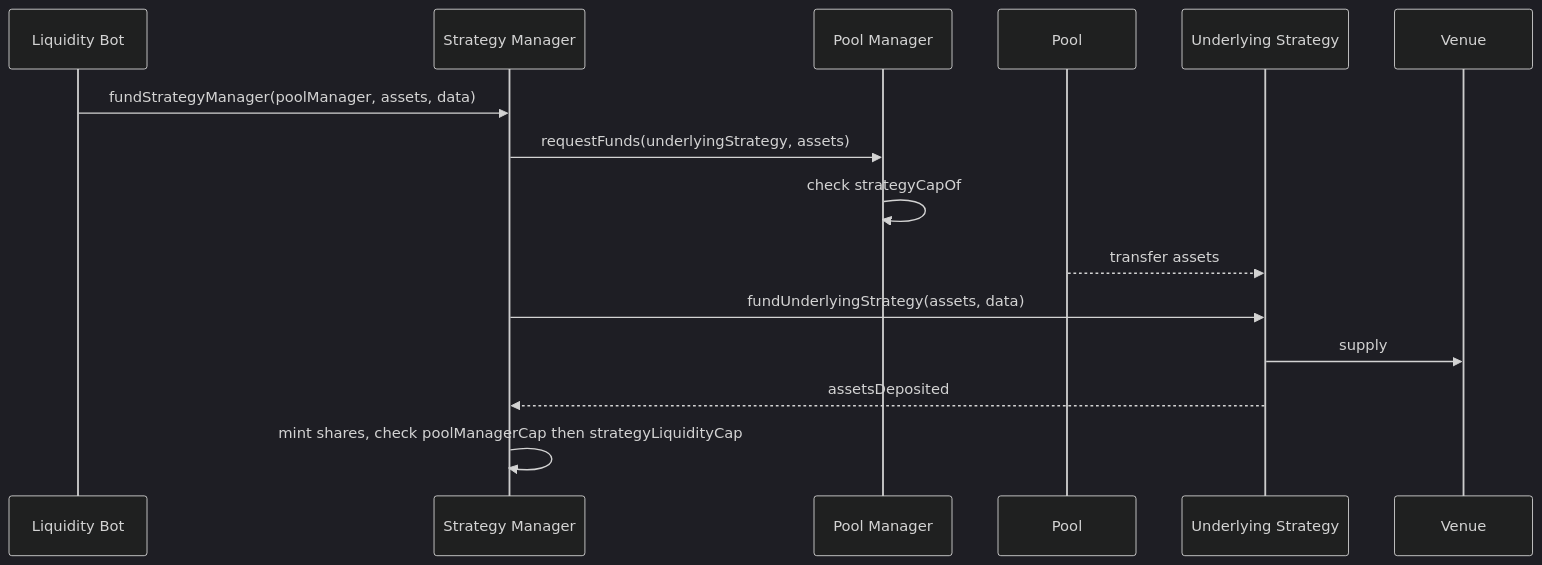
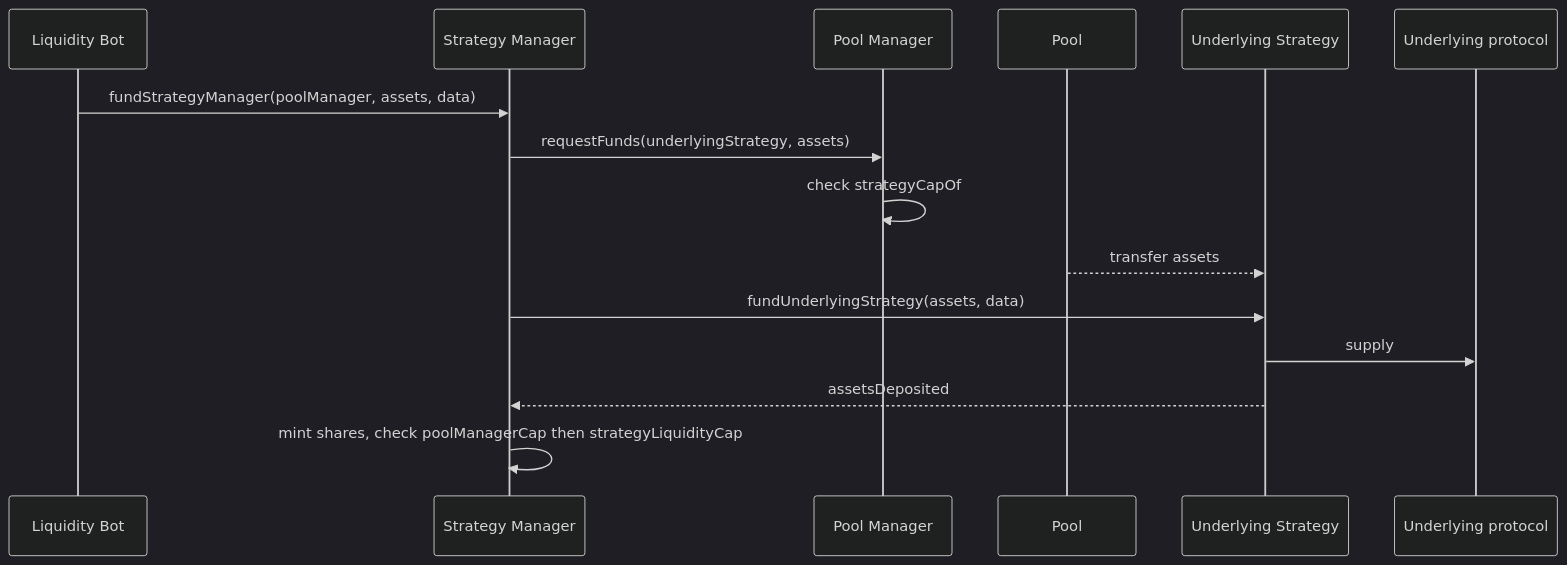
The second of 5 diagrams in technical-resources/strategies/how-pools-allocate-capital.md (maple-labs/maple-docs), drawn with Mermaid (dark theme) before and after one commit. The commit also changed other lines of this file and 2 other files, not shown here.

First line of the commit message:
docs: Say "underlying protocol" instead of "venue"

````diff
--- a/technical-resources/strategies/how-pools-allocate-capital.md
+++ b/technical-resources/strategies/how-pools-allocate-capital.md
@@ -68,18 +68,18 @@
 ```mermaid
 sequenceDiagram
     participant B as Liquidity Bot
     participant SM as Strategy Manager
     participant PM as Pool Manager
     participant Pool
     participant US as Underlying Strategy
-    participant V as Venue
+    participant V as Underlying protocol
 
     B->>SM: fundStrategyManager(poolManager, assets, data)
     SM->>PM: requestFunds(underlyingStrategy, assets)
     PM->>PM: check strategyCapOf
     Pool-->>US: transfer assets
     SM->>US: fundUnderlyingStrategy(assets, data)
     US->>V: supply
     US-->>SM: assetsDeposited
     SM->>SM: mint shares, check poolManagerCap then strategyLiquidityCap
 ```
````
